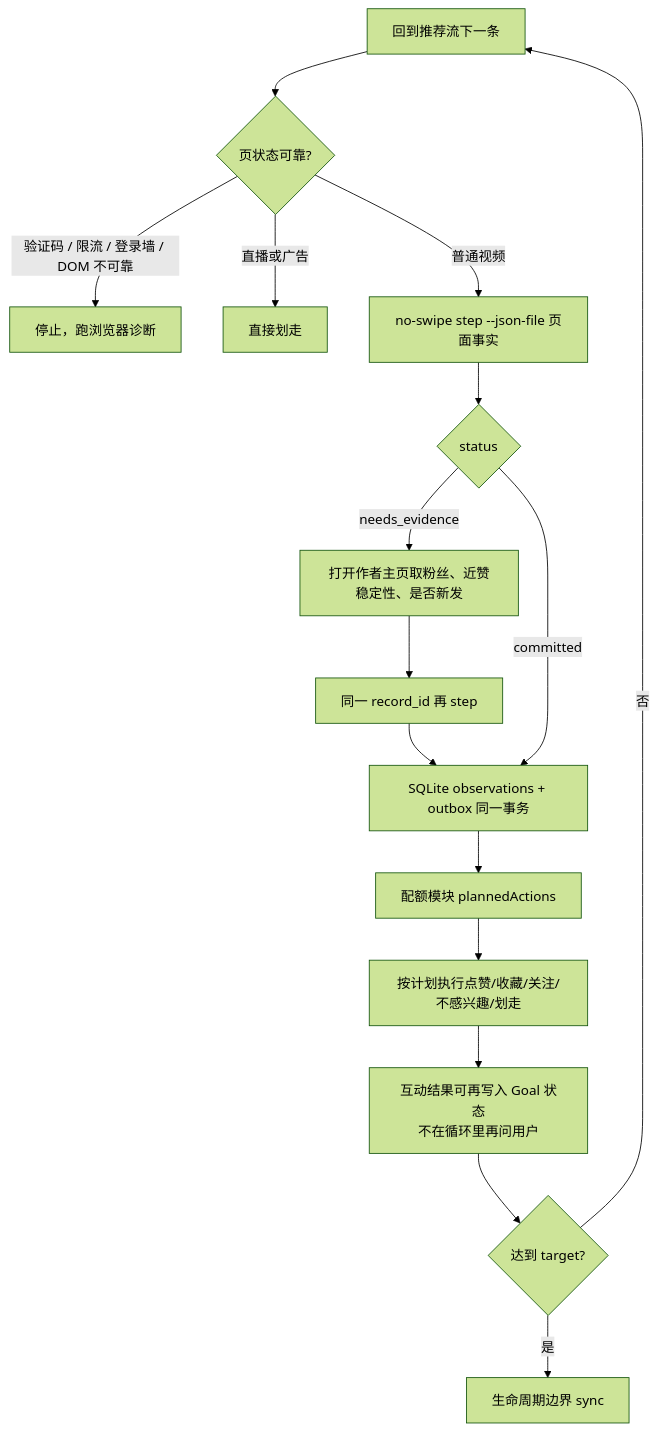
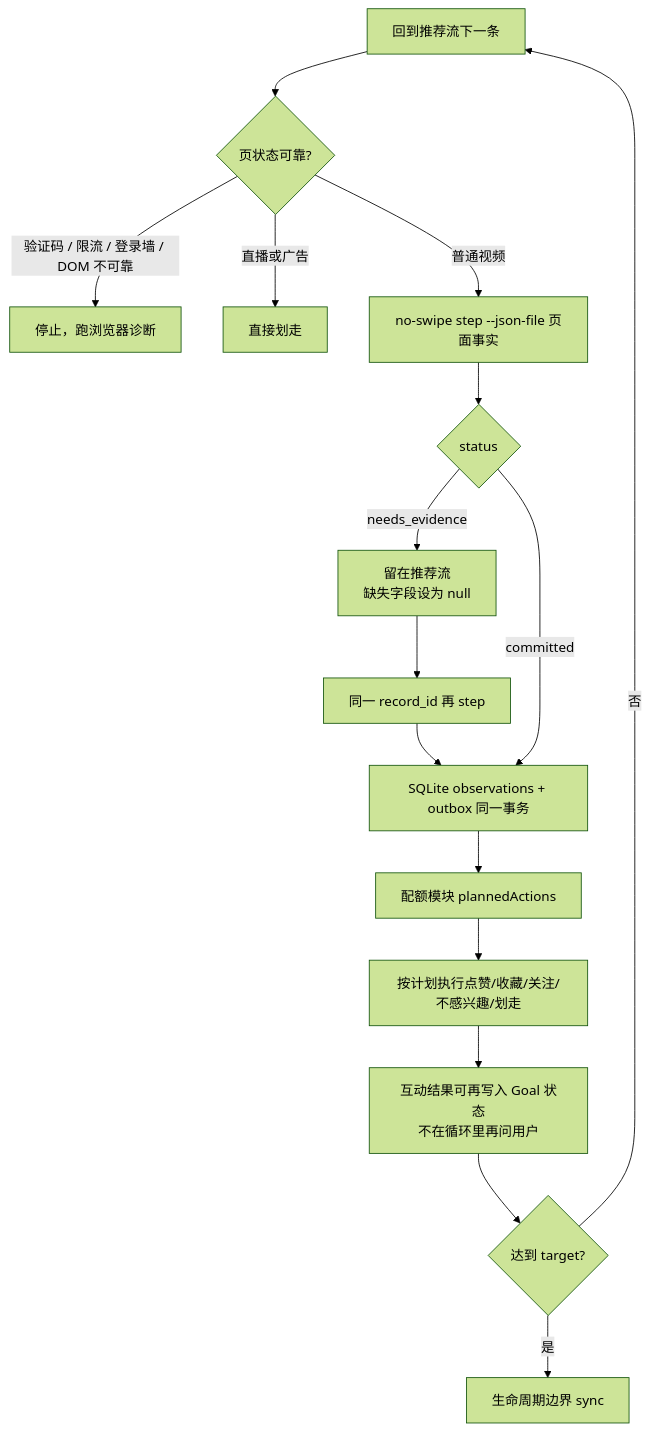
Before and after one commit to OfWind/no_swipe: the tenth of 18 diagrams in docs/no-swipe-interaction-flows.md, drawn with Mermaid (forest theme). The commit also changed other lines of this file and 28 other files, not shown here.

````diff
--- a/docs/no-swipe-interaction-flows.md
+++ b/docs/no-swipe-interaction-flows.md
@@ -374,20 +374,20 @@
 ```mermaid
 flowchart TD
   Start[回到推荐流下一条] --> Gate{页状态可靠?}
   Gate -->|验证码 / 限流 / 登录墙 / DOM 不可靠| Stop[停止，跑浏览器诊断]
   Gate -->|直播或广告| Skip[直接划走]
   Gate -->|普通视频| Classify["no-swipe step --json-file 页面事实"]
 
   Classify --> Need{status}
-  Need -->|needs_evidence| Profile[打开作者主页取粉丝、近赞稳定性、是否新发]
-  Profile --> Classify2["同一 record_id 再 step"]
+  Need -->|needs_evidence| Missing[留在推荐流<br/>缺失字段设为 null]
+  Missing --> Classify2["同一 record_id 再 step"]
   Classify2 --> Commit
   Need -->|committed| Commit[SQLite observations + outbox 同一事务]
 
   Commit --> Quota[配额模块 plannedActions]
   Quota --> Act[按计划执行点赞/收藏/关注/不感兴趣/划走]
   Act --> PersistNote[互动结果可再写入 Goal 状态<br/>不在循环里再问用户]
   PersistNote --> Count{达到 target?}
   Count -->|否| Start
   Count -->|是| SyncB[生命周期边界 sync]
 ```
````
